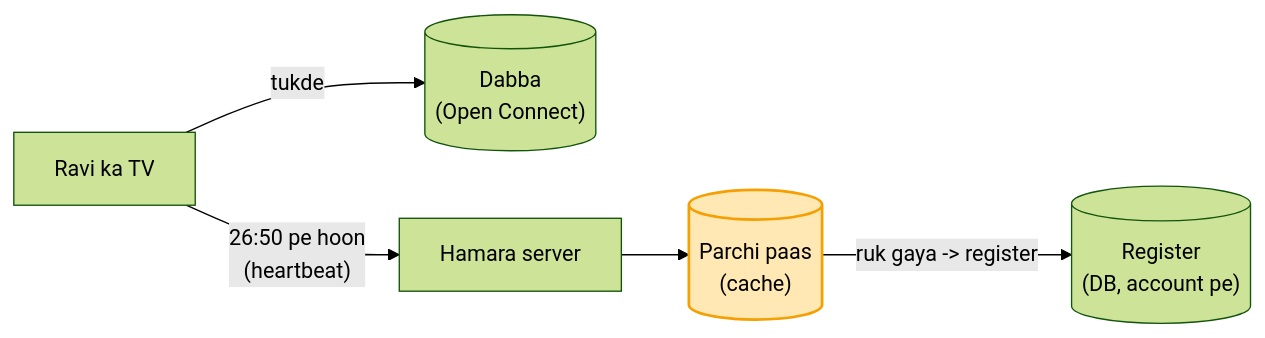
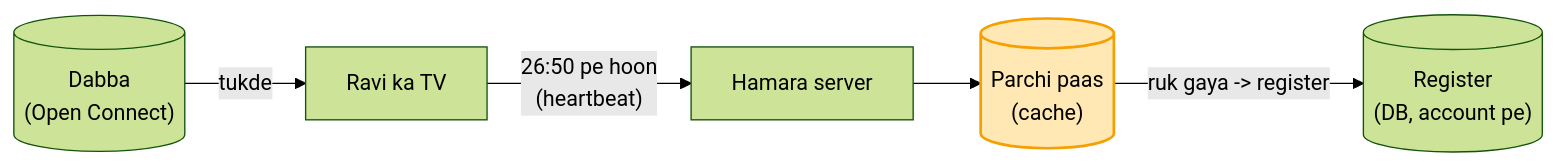
One commit to ArpanMaheshwari144/Prep changed the sixth of 7 diagrams in 04_HLD/SYSTEM_DESIGNS/18_netflix/18_netflix.md. Above: the diagram before and after it, drawn with Mermaid (forest theme). The commit also changed other lines of this file and 6 other files, not shown here.

Commit message:
HLD audit: Kafka kadam 6 me #501 maan lo, Netflix teer tukde ki disha me, 8 naye diagram (URL 6/11, RL 3, notif 4/6, leaderboard 4, ecom 3/5)

````diff
--- a/04_HLD/SYSTEM_DESIGNS/18_netflix/18_netflix.md
+++ b/04_HLD/SYSTEM_DESIGNS/18_netflix/18_netflix.md
@@ -158,8 +158,8 @@
 ```mermaid
 flowchart LR
-    R["Ravi ka TV"] -- "tukde" --> B[("Dabba<br/>(Open Connect)")]
+    B[("Dabba<br/>(Open Connect)")] -- "tukde" --> R["Ravi ka TV"]
     R -- "26:50 pe hoon<br/>(heartbeat)" --> W["Hamara server"]
     W --> C[("Parchi paas<br/>(cache)")]
     C -- "ruk gaya -> register" --> D[("Register<br/>(DB, account pe)")]
     style C fill:#ffe8b3,stroke:#f59f00,stroke-width:2px,color:#000
 ```
````
